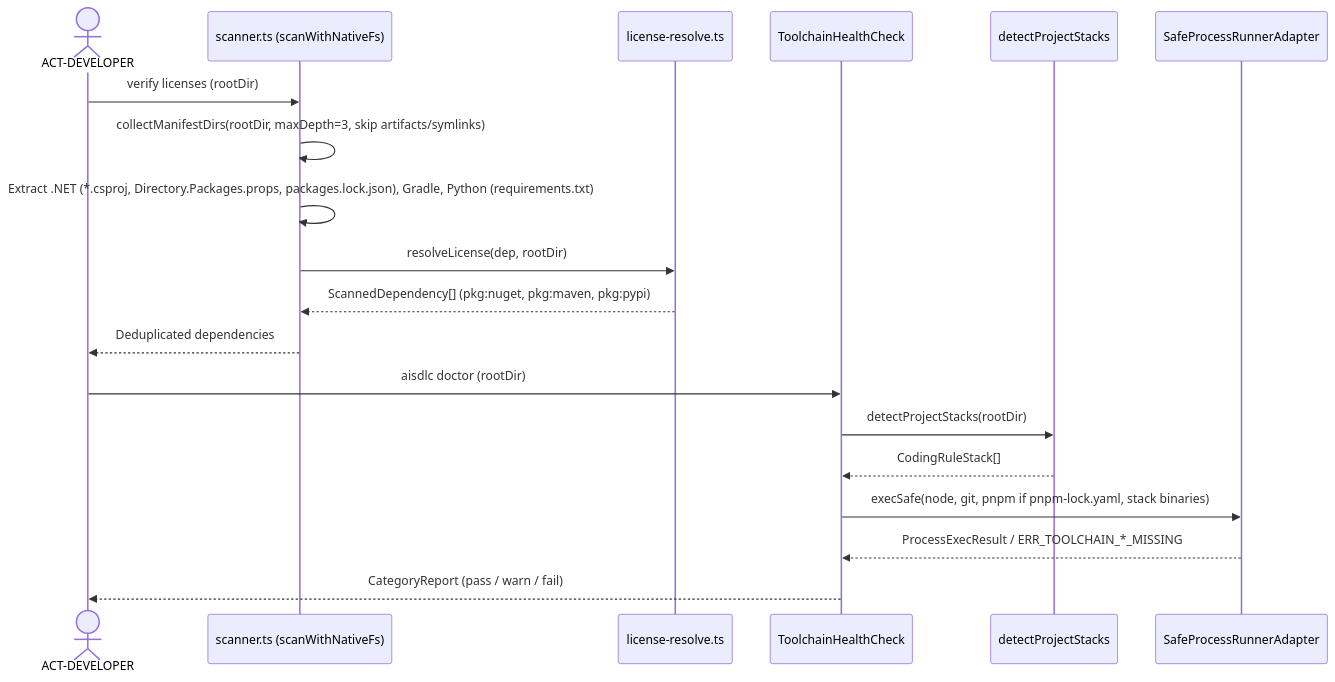
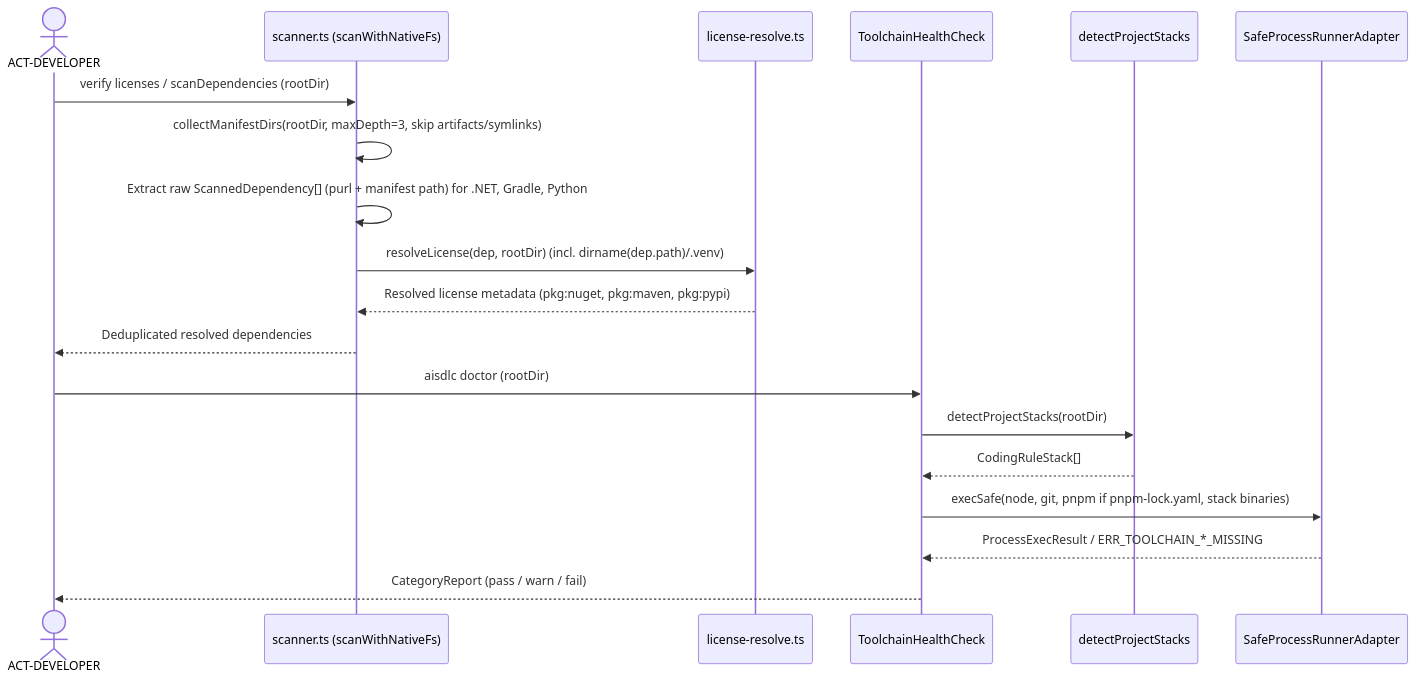
One commit to altromon/AI-SDLC changed the second of 2 diagrams in specs/architecture/CMP-079-SCA-RECURSIVE-DOCTOR-TOOLCHAINS.md. Above: the diagram before and after it, drawn with Mermaid. The commit also changed other lines of this file and 11 other files, not shown here.

````diff
--- a/specs/architecture/CMP-079-SCA-RECURSIVE-DOCTOR-TOOLCHAINS.md
+++ b/specs/architecture/CMP-079-SCA-RECURSIVE-DOCTOR-TOOLCHAINS.md
@@ -83,23 +85,23 @@
 ```mermaid
 sequenceDiagram
     actor Dev as ACT-DEVELOPER
     participant SCA as scanner.ts (scanWithNativeFs)
     participant LR as license-resolve.ts
     participant DOC as ToolchainHealthCheck
     participant STK as detectProjectStacks
     participant RUN as SafeProcessRunnerAdapter
 
-    Dev->>SCA: verify licenses (rootDir)
+    Dev->>SCA: verify licenses / scanDependencies (rootDir)
     SCA->>SCA: collectManifestDirs(rootDir, maxDepth=3, skip artifacts/symlinks)
-    SCA->>SCA: Extract .NET (*.csproj, Directory.Packages.props, packages.lock.json), Gradle, Python (requirements.txt)
-    SCA->>LR: resolveLicense(dep, rootDir)
-    LR-->>SCA: ScannedDependency[] (pkg:nuget, pkg:maven, pkg:pypi)
-    SCA-->>Dev: Deduplicated dependencies
+    SCA->>SCA: Extract raw ScannedDependency[] (purl + manifest path) for .NET, Gradle, Python
+    SCA->>LR: resolveLicense(dep, rootDir) (incl. dirname(dep.path)/.venv)
+    LR-->>SCA: Resolved license metadata (pkg:nuget, pkg:maven, pkg:pypi)
+    SCA-->>Dev: Deduplicated resolved dependencies
 
     Dev->>DOC: aisdlc doctor (rootDir)
     DOC->>STK: detectProjectStacks(rootDir)
     STK-->>DOC: CodingRuleStack[]
     DOC->>RUN: execSafe(node, git, pnpm if pnpm-lock.yaml, stack binaries)
     RUN-->>DOC: ProcessExecResult / ERR_TOOLCHAIN_*_MISSING
     DOC-->>Dev: CategoryReport (pass / warn / fail)
 ```
````
